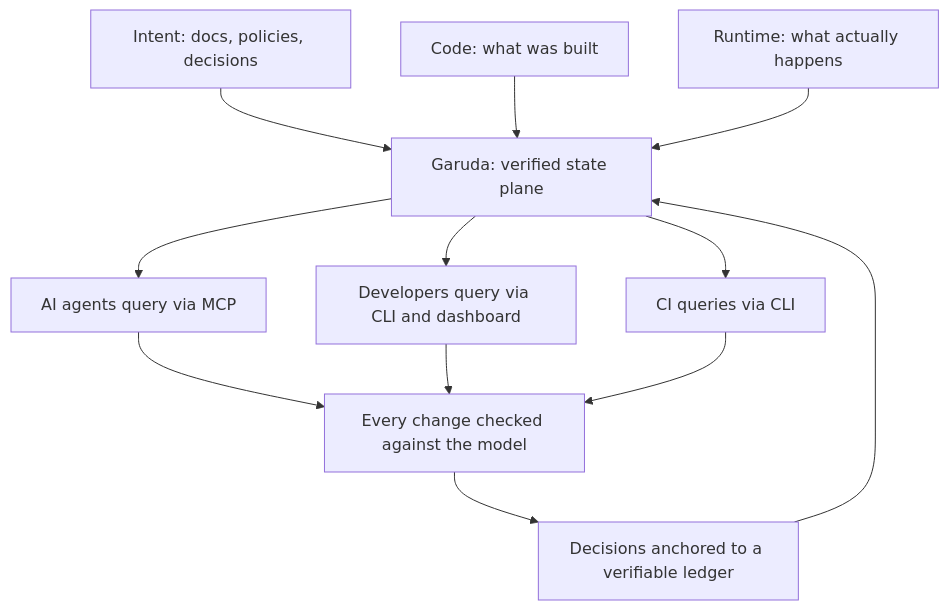
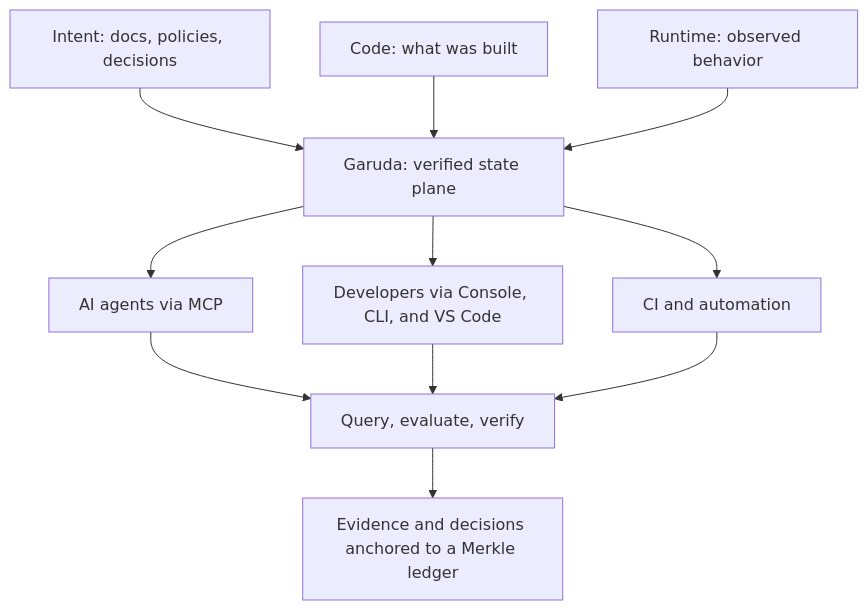
The first of 2 diagrams in README.md (myshra777-ai/garuda), drawn with Mermaid before and after one commit. The commit also changed other lines of this file and 5 other files, not shown here.

````diff
--- a/README.md
+++ b/README.md
@@ -59,15 +56,13 @@
 ```mermaid
 flowchart TD
-    INTENT["Intent: docs, policies, decisions"] --> GARUDA
+    INTENT["Intent: docs, policies, decisions"] --> GARUDA["Garuda: verified state plane"]
     CODE["Code: what was built"] --> GARUDA
-    RUNTIME["Runtime: what actually happens"] --> GARUDA
-    GARUDA["Garuda: verified state plane"]
-    GARUDA --> AGENTS["AI agents query via MCP"]
-    GARUDA --> HUMANS["Developers query via CLI and dashboard"]
-    GARUDA --> CI["CI queries via CLI"]
-    AGENTS --> CHECK["Every change checked against the model"]
-    HUMANS --> CHECK
-    CI --> CHECK
-    CHECK --> RECORD["Decisions anchored to a verifiable ledger"]
-    RECORD --> GARUDA
+    RUNTIME["Runtime: observed behavior"] --> GARUDA
+    GARUDA --> AGENTS["AI agents via MCP"]
+    GARUDA --> HUMANS["Developers via Console, CLI, and VS Code"]
+    GARUDA --> CI["CI and automation"]
+    AGENTS --> GOVERN["Query, evaluate, verify"]
+    HUMANS --> GOVERN
+    CI --> GOVERN
+    GOVERN --> RECORD["Evidence and decisions anchored to a Merkle ledger"]
 ```
````
